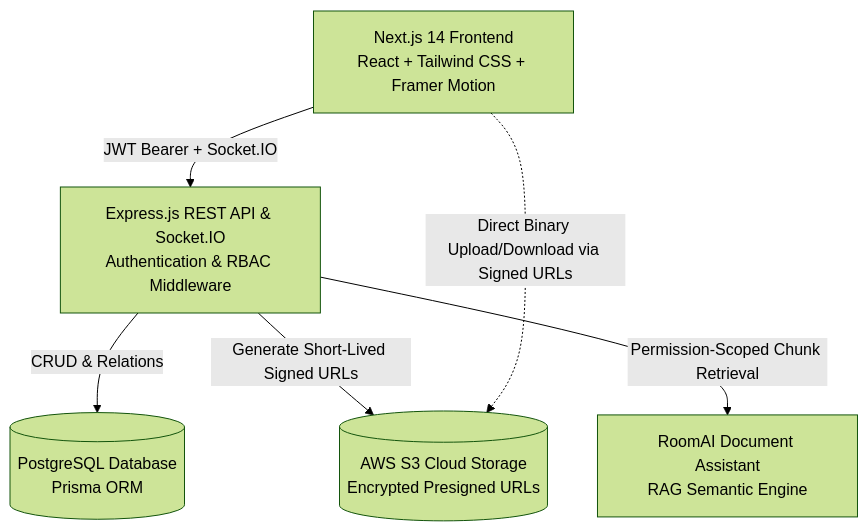
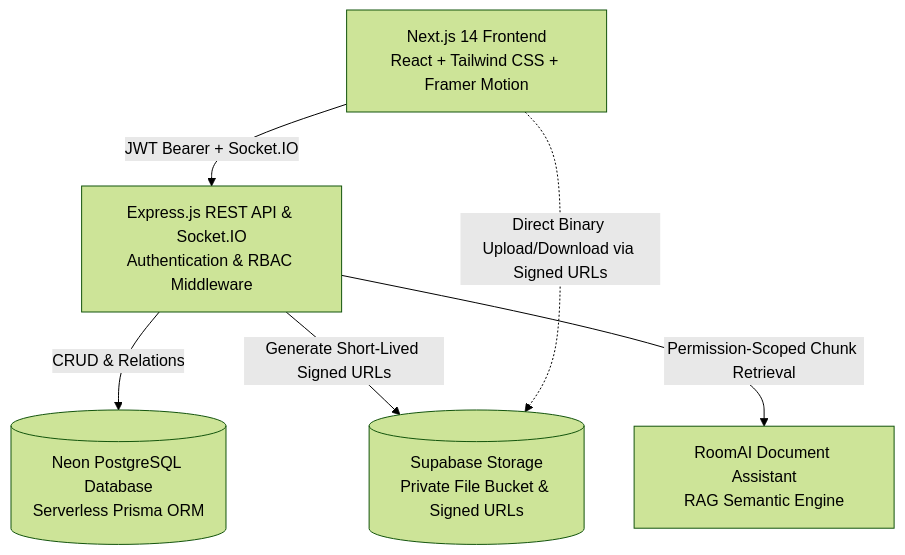
The diagram in README.md (Tharun-K2712/Collabroom), drawn with Mermaid (forest theme) before and after one commit. The commit also changed other lines of this file and 65 other files, not shown here.

Commit message:
feat: migrate from AWS S3 to Supabase Storage with Neon Postgres in Next.js + TypeScript

````diff
--- a/README.md
+++ b/README.md
@@ -11,14 +11,14 @@
 ```mermaid
 graph TD
     Client[Next.js 14 Frontend<br/>React + Tailwind CSS + Framer Motion]
     Gateway[Express.js REST API & Socket.IO<br/>Authentication & RBAC Middleware]
-    DB[(PostgreSQL Database<br/>Prisma ORM)]
-    S3[(AWS S3 Cloud Storage<br/>Encrypted Presigned URLs)]
+    DB[(Neon PostgreSQL Database<br/>Serverless Prisma ORM)]
+    Supabase[(Supabase Storage<br/>Private File Bucket & Signed URLs)]
     AI[RoomAI Document Assistant<br/>RAG Semantic Engine]
 
     Client -->|JWT Bearer + Socket.IO| Gateway
     Gateway -->|CRUD & Relations| DB
-    Gateway -->|Generate Short-Lived Signed URLs| S3
+    Gateway -->|Generate Short-Lived Signed URLs| Supabase
     Gateway -->|Permission-Scoped Chunk Retrieval| AI
-    Client -.->|Direct Binary Upload/Download via Signed URLs| S3
+    Client -.->|Direct Binary Upload/Download via Signed URLs| Supabase
 ```
````
